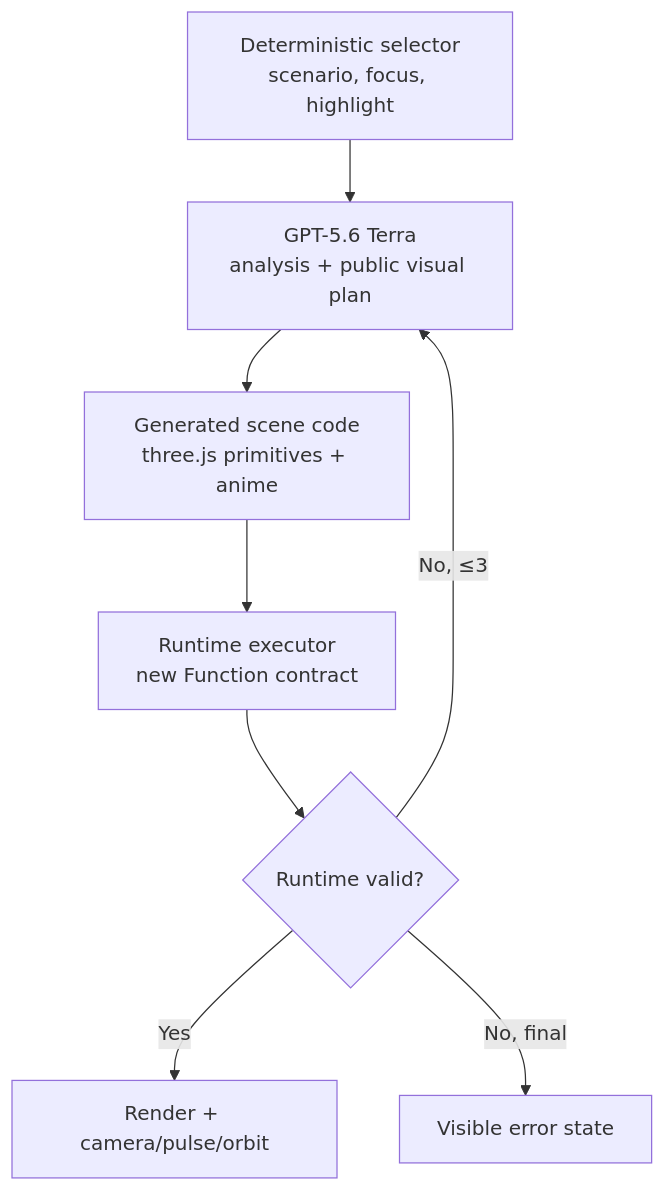
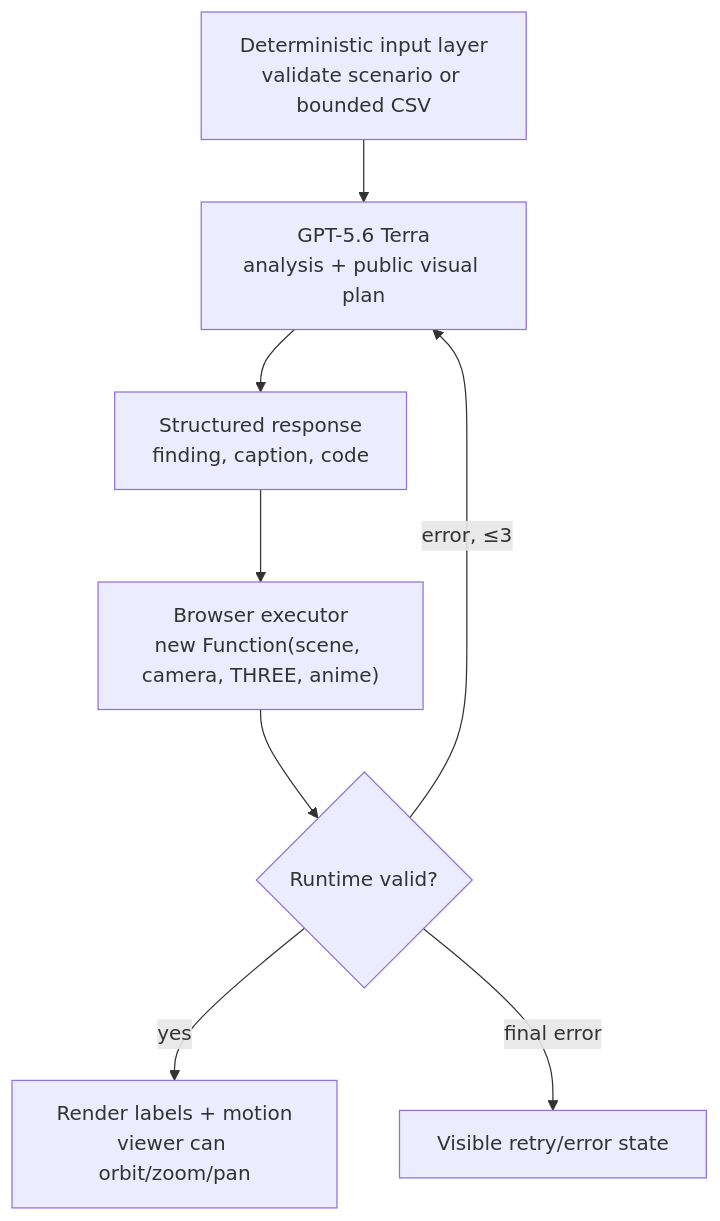
The second of 3 diagrams in docs/submission/DIAGRAMS.md (jwlai-cloud/insightmotion), drawn with Mermaid before and after one commit. The commit also changed other lines of this file and 9 other files, not shown here.

````diff
--- a/docs/submission/DIAGRAMS.md
+++ b/docs/submission/DIAGRAMS.md
@@ -20,10 +30,10 @@
 ```mermaid
 flowchart TB
-  A["Deterministic selector\nscenario, focus, highlight"] --> B["GPT-5.6 Terra\nanalysis + public visual plan"]
-  B --> C["Generated scene code\nthree.js primitives + anime"]
-  C --> D["Runtime executor\nnew Function contract"]
+  A["Deterministic input layer\nvalidate scenario or bounded CSV"] --> B["GPT-5.6 Terra\nanalysis + public visual plan"]
+  B --> C["Structured response\nfinding, caption, code"]
+  C --> D["Browser executor\nnew Function(scene, camera, THREE, anime)"]
   D --> E{"Runtime valid?"}
-  E -- Yes --> F["Render + camera/pulse/orbit"]
-  E -- No, ≤3 --> B
-  E -- No, final --> G["Visible error state"]
+  E -- "yes" --> F["Render labels + motion\nviewer can orbit/zoom/pan"]
+  E -- "error, ≤3" --> B
+  E -- "final error" --> G["Visible retry/error state"]
 ```
````
